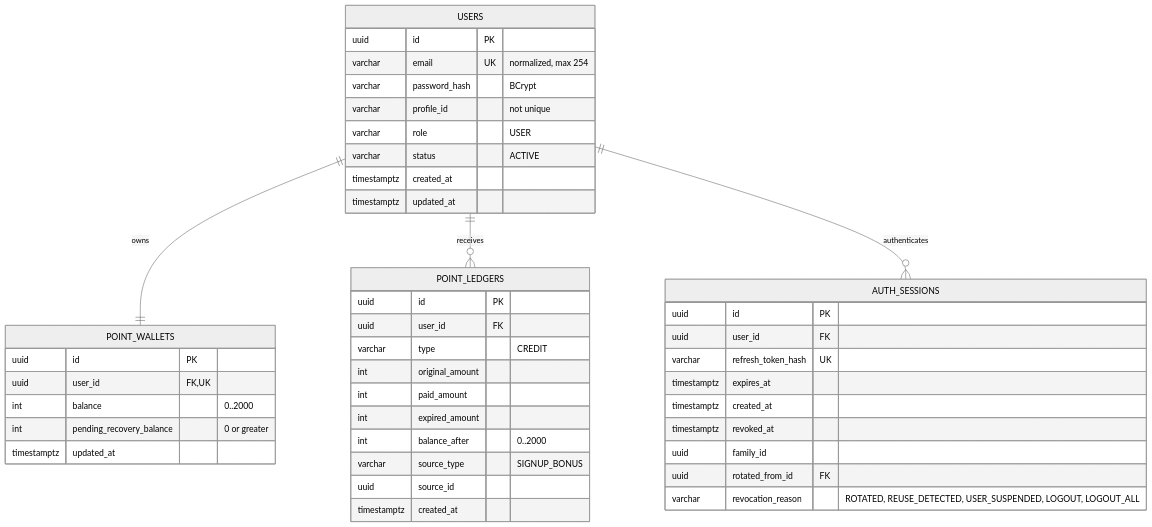
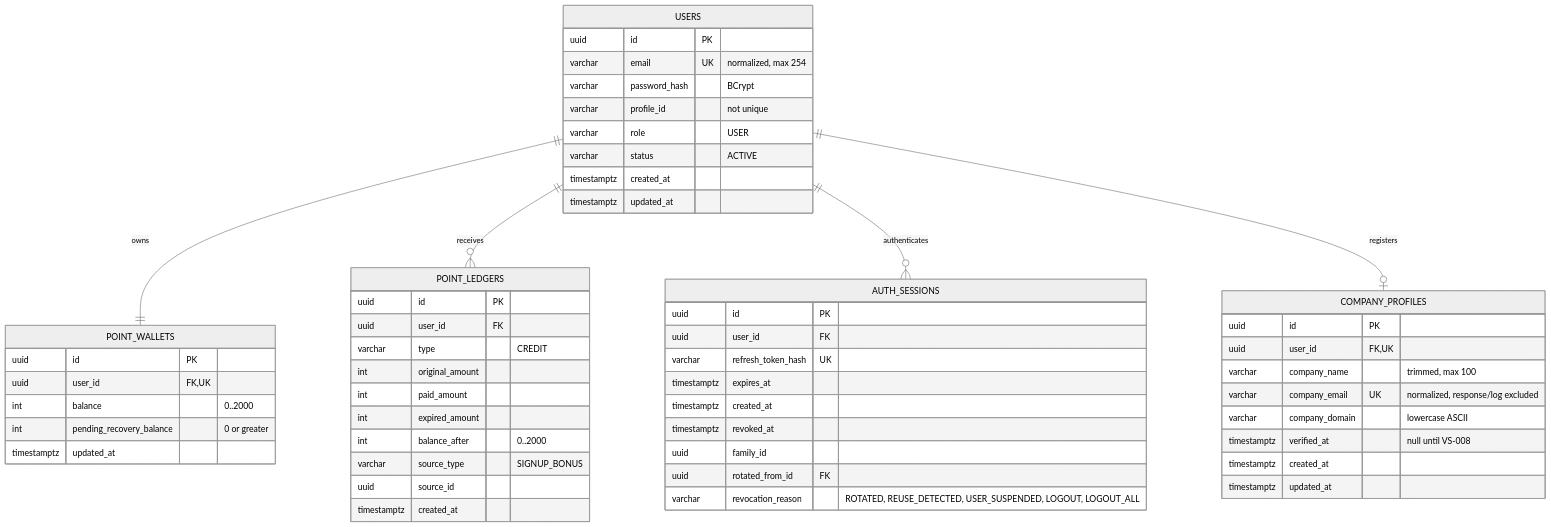
The diagram in docs/architecture/erd.md (OpenSeedDev/openseed-be), drawn with Mermaid (neutral theme) before and after one commit. The commit also changed other lines of this file and 19 other files, not shown here.

````diff
--- a/docs/architecture/erd.md
+++ b/docs/architecture/erd.md
@@ -5,50 +5,62 @@
 ```mermaid
 erDiagram
     USERS ||--|| POINT_WALLETS : owns
     USERS ||--o{ POINT_LEDGERS : receives
     USERS ||--o{ AUTH_SESSIONS : authenticates
+    USERS ||--o| COMPANY_PROFILES : registers
 
     USERS {
         uuid id PK
         varchar email UK "normalized, max 254"
         varchar password_hash "BCrypt"
         varchar profile_id "not unique"
         varchar role "USER"
         varchar status "ACTIVE"
         timestamptz created_at
         timestamptz updated_at
     }
 
     POINT_WALLETS {
         uuid id PK
         uuid user_id FK,UK
         int balance "0..2000"
         int pending_recovery_balance "0 or greater"
         timestamptz updated_at
     }
 
     POINT_LEDGERS {
         uuid id PK
         uuid user_id FK
         varchar type "CREDIT"
         int original_amount
         int paid_amount
         int expired_amount
         int balance_after "0..2000"
         varchar source_type "SIGNUP_BONUS"
         uuid source_id
         timestamptz created_at
     }
 
     AUTH_SESSIONS {
         uuid id PK
         uuid user_id FK
         varchar refresh_token_hash UK
         timestamptz expires_at
         timestamptz created_at
         timestamptz revoked_at
         uuid family_id
         uuid rotated_from_id FK
         varchar revocation_reason "ROTATED, REUSE_DETECTED, USER_SUSPENDED, LOGOUT, LOGOUT_ALL"
     }
+
+    COMPANY_PROFILES {
+        uuid id PK
+        uuid user_id FK,UK
+        varchar company_name "trimmed, max 100"
+        varchar company_email UK "normalized, response/log excluded"
+        varchar company_domain "lowercase ASCII"
+        timestamptz verified_at "null until VS-008"
+        timestamptz created_at
+        timestamptz updated_at
+    }
 ```
````
